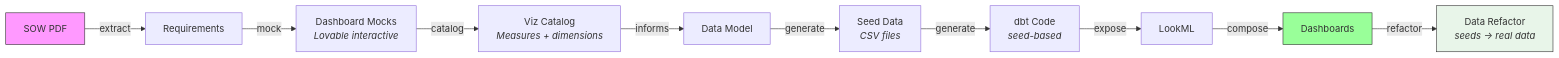
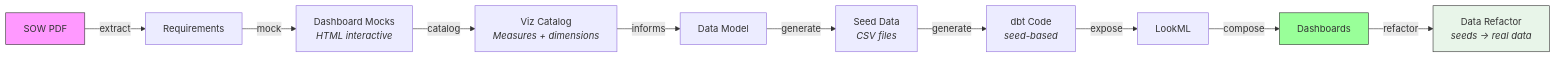
One commit to rittmananalytics/wire-plugin changed the seventh of 15 diagrams in docs/consultant_handbook.md. Above: the diagram before and after it, drawn with Mermaid. The commit also changed other lines of this file and 94 other files, not shown here.

First line of the commit message:
feat: add looker-dashboard-mockup skill, replace Lovable workflow (v3.4.8)

````diff
--- a/docs/consultant_handbook.md
+++ b/docs/consultant_handbook.md
@@ -467,27 +467,27 @@
 ```mermaid
 graph LR
     SOW["SOW PDF"]
     REQ["Requirements"]
-    MOCK["Dashboard Mocks<br/><i>Lovable interactive</i>"]
+    MOCK["Dashboard Mocks<br/><i>HTML interactive</i>"]
     VIZ["Viz Catalog<br/><i>Measures + dimensions</i>"]
     DM["Data Model"]
     SEED["Seed Data<br/><i>CSV files</i>"]
     DBT["dbt Code<br/><i>seed-based</i>"]
     LML["LookML"]
     DASH["Dashboards"]
     REFACTOR["Data Refactor<br/><i>seeds → real data</i>"]
 
     SOW -->|"extract"| REQ
     REQ -->|"mock"| MOCK
     MOCK -->|"catalog"| VIZ
     VIZ -->|"informs"| DM
     DM -->|"generate"| SEED
     SEED -->|"generate"| DBT
     DBT -->|"expose"| LML
     LML -->|"compose"| DASH
     DASH -->|"refactor"| REFACTOR
 
     style SOW fill:#f9f,stroke:#333
     style DASH fill:#9f9,stroke:#333
     style REFACTOR fill:#e8f5e9,stroke:#333
 ```
````
